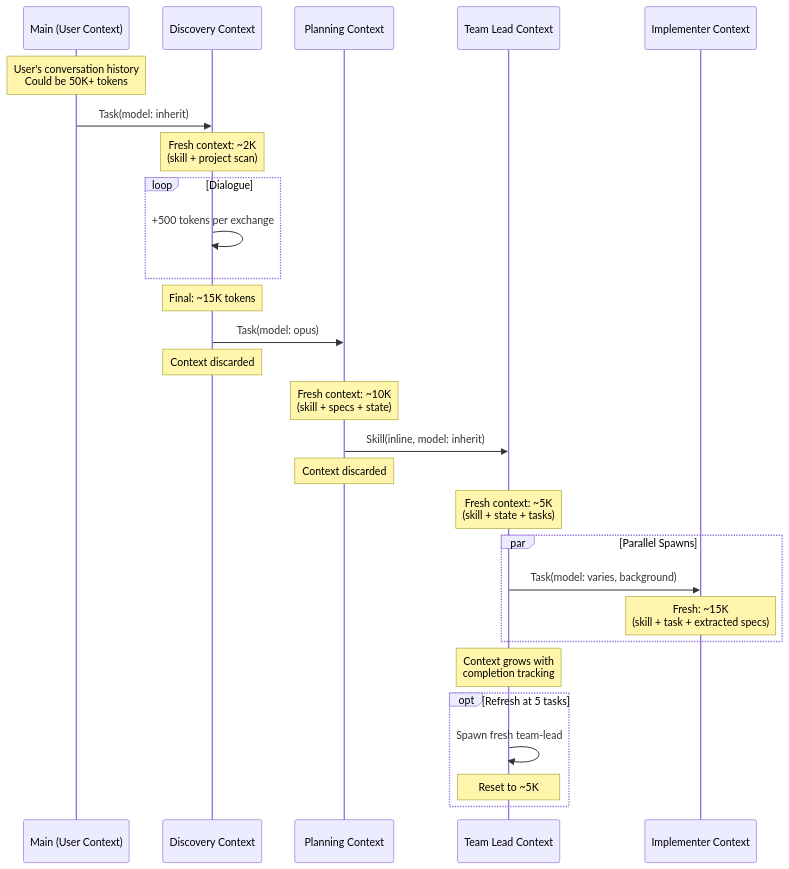
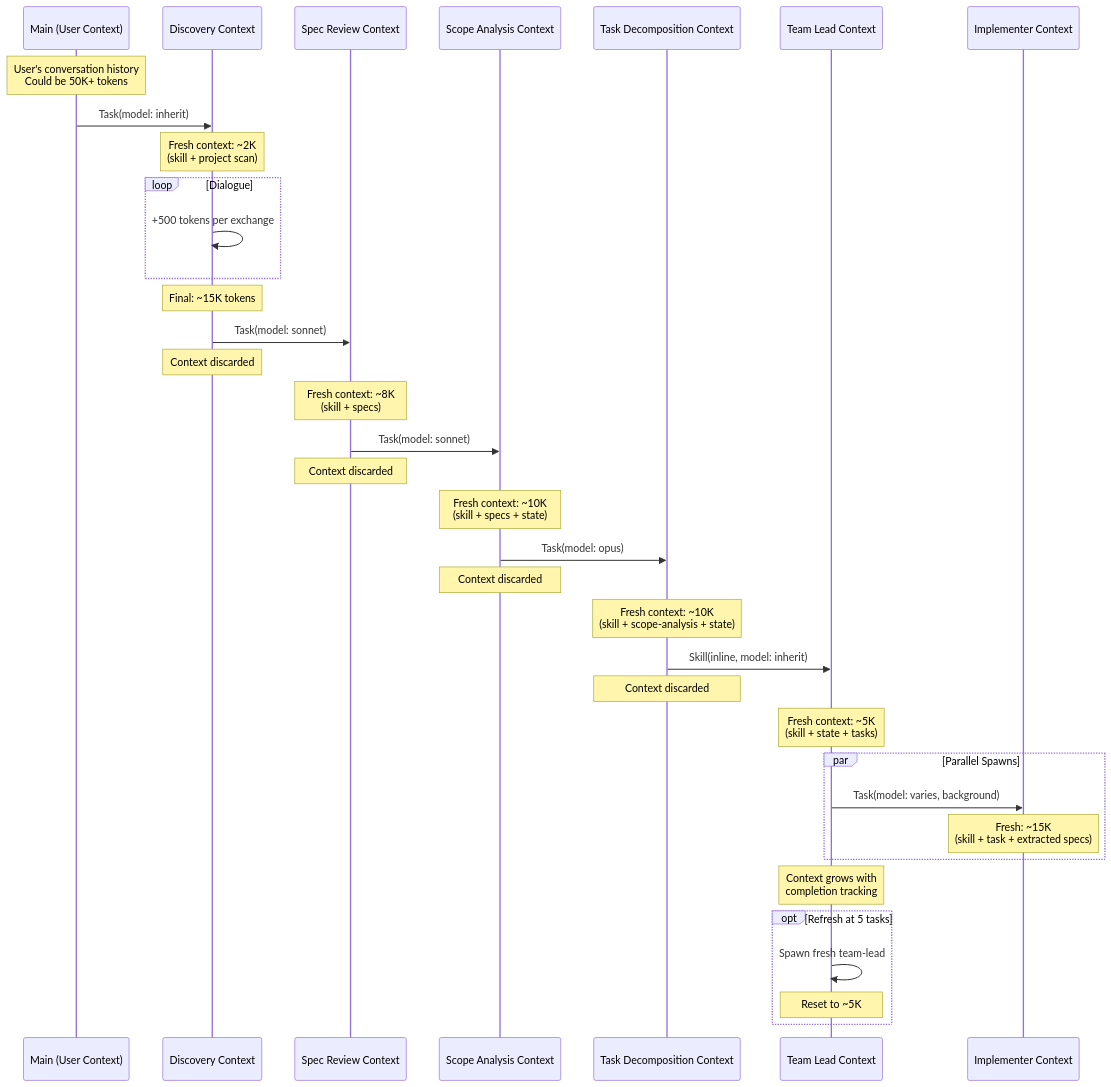
One commit to Zxela/claude-create changed the fifth of 7 diagrams in diagrams/context-flow.md. Above: the diagram before and after it, drawn with Mermaid. The commit also changed other lines of this file and 2 other files, not shown here.

Commit message:
fix: diagram corrections — retry order, missing phases, spec-review skill (#18)
- sequence-diagram.md: fix retry order to match retry-patterns.md
  (fresh-agent first, then same-agent — not the reverse)
- context-flow.md: add spec_review and scope_analysis participants
  to Agent Spawning sequence (was skipping directly D→P)
- context-flow.md: update token budget chart with new phases
- architecture.md: add homerun:spec-review skill node and SRv→SSR edge
  (Spec Reviewer agent had no outgoing skill connection)

````diff
--- a/diagrams/context-flow.md
+++ b/diagrams/context-flow.md
@@ -152,40 +152,52 @@
 ```mermaid
 sequenceDiagram
     participant M as Main (User Context)
     participant D as Discovery Context
-    participant P as Planning Context
+    participant SRv as Spec Review Context
+    participant SA as Scope Analysis Context
+    participant P as Task Decomposition Context
     participant TL as Team Lead Context
     participant I as Implementer Context
 
     Note over M: User's conversation history<br/>Could be 50K+ tokens
 
     M->>D: Task(model: inherit)
     Note over D: Fresh context: ~2K<br/>(skill + project scan)
 
     loop Dialogue
         D->>D: +500 tokens per exchange
     end
     Note over D: Final: ~15K tokens
 
-    D->>P: Task(model: opus)
+    D->>SRv: Task(model: sonnet)
     Note over D: Context discarded
 
-    Note over P: Fresh context: ~10K<br/>(skill + specs + state)
+    Note over SRv: Fresh context: ~8K<br/>(skill + specs)
+
+    SRv->>SA: Task(model: sonnet)
+    Note over SRv: Context discarded
+
+    Note over SA: Fresh context: ~10K<br/>(skill + specs + state)
+
+    SA->>P: Task(model: opus)
+    Note over SA: Context discarded
+
+    Note over P: Fresh context: ~10K<br/>(skill + scope-analysis + state)
 
     P->>TL: Skill(inline, model: inherit)
     Note over P: Context discarded
 
     Note over TL: Fresh context: ~5K<br/>(skill + state + tasks)
 
     par Parallel Spawns
         TL->>I: Task(model: varies, background)
         Note over I: Fresh: ~15K<br/>(skill + task + extracted specs)
     end
 
     Note over TL: Context grows with<br/>completion tracking
 
     opt Refresh at 5 tasks
         TL->>TL: Spawn fresh team-lead
         Note over TL: Reset to ~5K
     end
 ```
````
